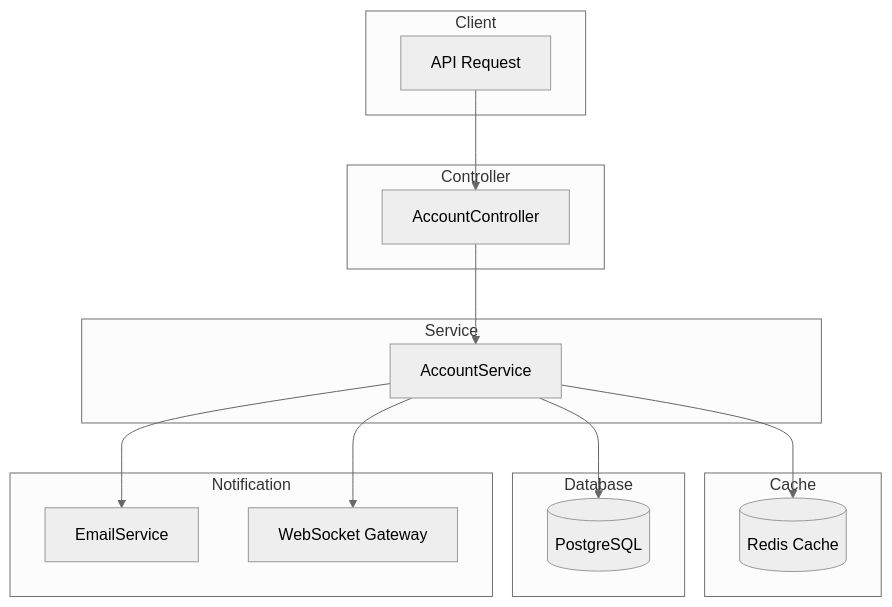
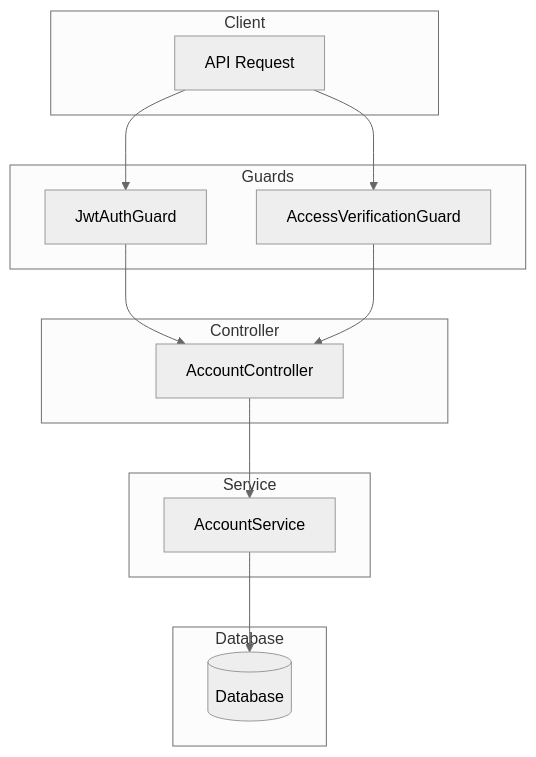
Before and after one commit to ZombieGenZ/gen-hub: the diagram in server/documents/api-document/account-module.md, drawn with Mermaid (neutral theme). The commit also changed other lines of this file and 1 other file, not shown here.

````diff
--- a/server/documents/api-document/account-module.md
+++ b/server/documents/api-document/account-module.md
@@ -15,34 +11,30 @@
 ```mermaid
 flowchart TB
     subgraph Client
         A[API Request]
     end
-
+    
     subgraph Controller
         B[AccountController]
     end
-
+    
     subgraph Service
         C[AccountService]
     end
-
-    subgraph Cache
-        D[(Redis Cache)]
+    
+    subgraph Guards
+        D[JwtAuthGuard]
+        E[AccessVerificationGuard]
     end
 
     subgraph Database
-        E[(PostgreSQL)]
+        F[(Database)]
     end
-
-    subgraph Notification
-        F[EmailService]
-        G[WebSocket Gateway]
-    end
-
-    A --> B
+    
+    A --> D
+    A --> E
+    D --> B
+    E --> B
     B --> C
-    C --> D
-    C --> E
     C --> F
-    C --> G
 ```
````
